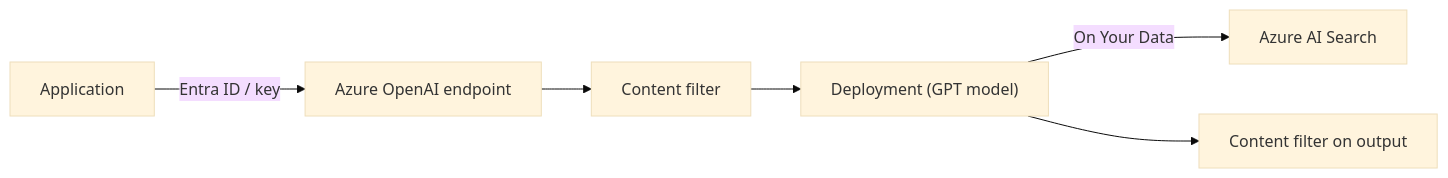
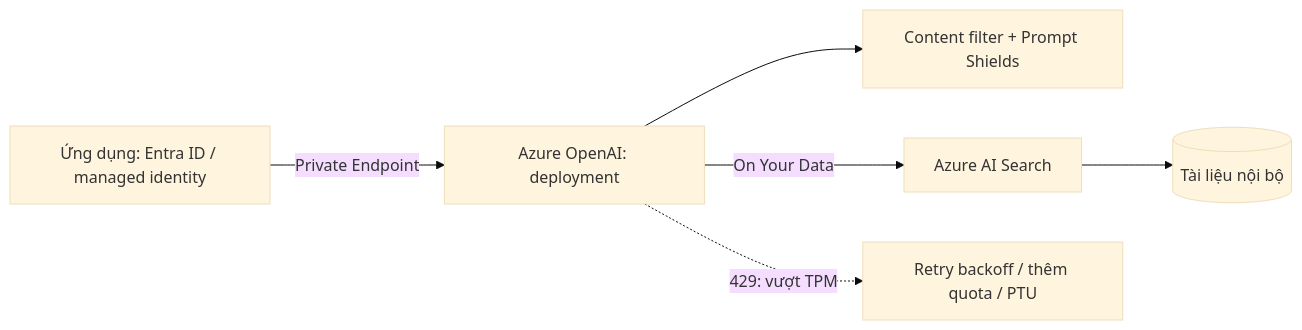
The diagram in src/assets/knowledge/playbooks/ai-ml/azure-openai-foundry.md (passion-Infinity/personal-tech-playbook), drawn with Mermaid (base theme) before and after one commit. The commit also changed other lines of this file and 6 other files, not shown here.

First line of the commit message:
Deep-dive rewrite: Responsible AI, Bedrock, SageMaker, AWS AI services, Azure AI services, Azure OpenAI/Foundry (AI/ML topic complete)

````diff
--- a/src/assets/knowledge/playbooks/ai-ml/azure-openai-foundry.md
+++ b/src/assets/knowledge/playbooks/ai-ml/azure-openai-foundry.md
@@ -17,8 +38,7 @@
 ```mermaid
 flowchart LR
-    APP[Application] -->|Entra ID / key| EP[Azure OpenAI endpoint]
-    EP --> CF[Content filter]
-    CF --> DEP["Deployment (GPT model)"]
-    DEP -->|On Your Data| AIS[Azure AI Search]
-    DEP --> CF2[Content filter on output]
+    APP["Ứng dụng: Entra ID / managed identity"] -->|"Private Endpoint"| AOAI["Azure OpenAI: deployment"]
+    AOAI --> CF["Content filter + Prompt Shields"]
+    AOAI -->|"On Your Data"| AIS["Azure AI Search"] --> DOCS[("Tài liệu nội bộ")]
+    AOAI -.->|"429: vượt TPM"| RT["Retry backoff / thêm quota / PTU"]
 ```
````
